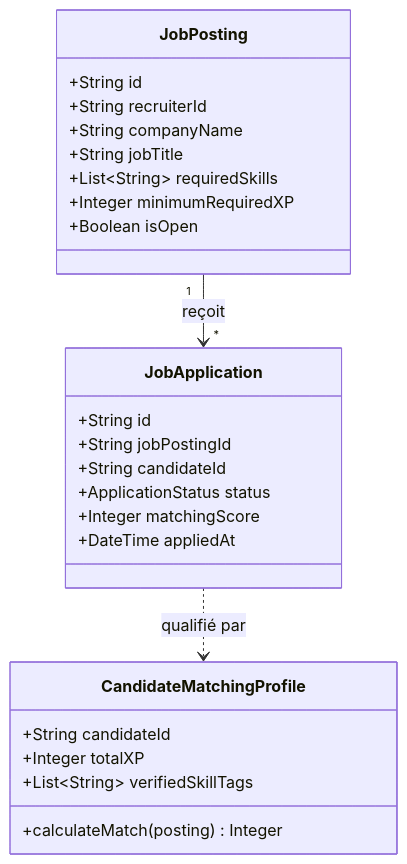
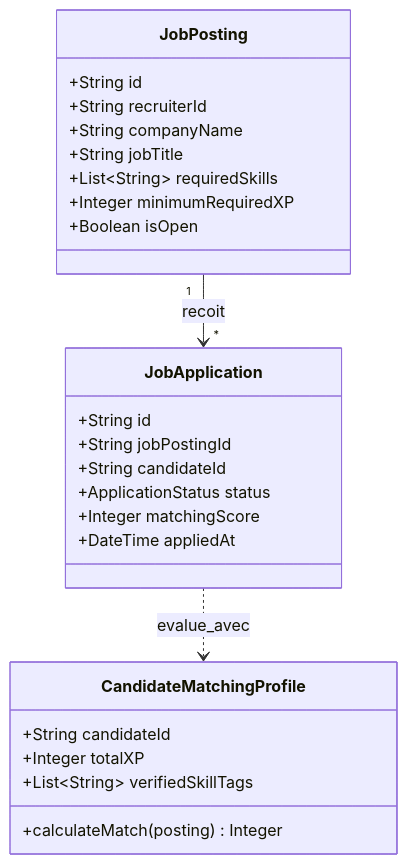
Before and after one commit to Architecture-web/projet: the seventh of 8 diagrams in Documentation/Presentation/Presentation_Seance4.md, drawn with Mermaid. The commit also changed other lines of this file and 2 other files, not shown here.

````diff
--- a/Documentation/Presentation/Presentation_Seance4.md
+++ b/Documentation/Presentation/Presentation_Seance4.md
@@ -509,28 +430,28 @@
 ```mermaid
 classDiagram
     class JobPosting {
         +String id
         +String recruiterId
         +String companyName
         +String jobTitle
         +List~String~ requiredSkills
         +Integer minimumRequiredXP
         +Boolean isOpen
     }
     class JobApplication {
         +String id
         +String jobPostingId
         +String candidateId
         +ApplicationStatus status
         +Integer matchingScore
         +DateTime appliedAt
     }
     class CandidateMatchingProfile {
         +String candidateId
         +Integer totalXP
         +List~String~ verifiedSkillTags
         +calculateMatch(posting) Integer
     }
-    JobPosting "1" --> "*" JobApplication : reçoit
-    JobApplication ..> CandidateMatchingProfile : qualifié par
+    JobPosting "1" --> "*" JobApplication : recoit
+    JobApplication ..> CandidateMatchingProfile : evalue_avec
 ```
````
